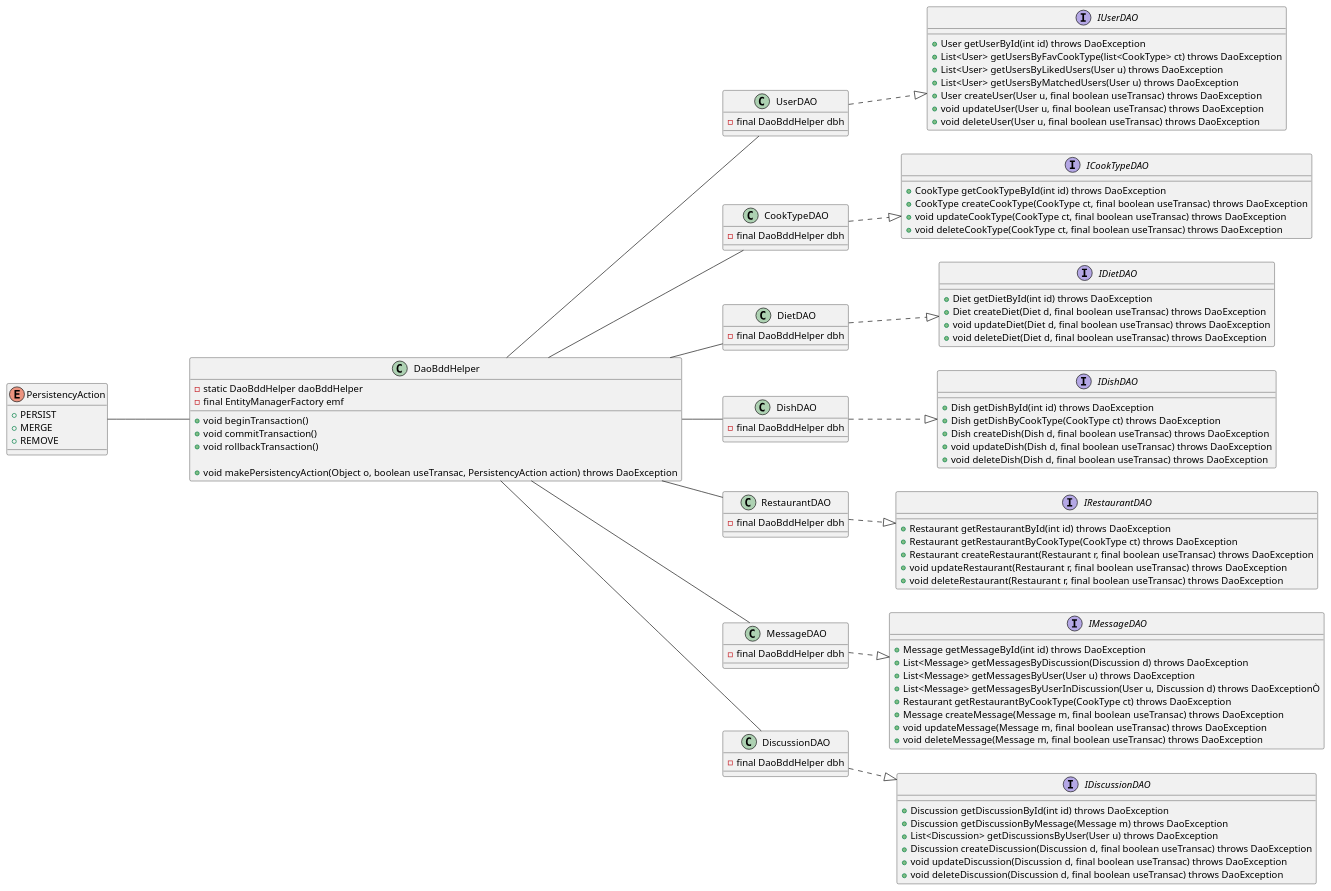
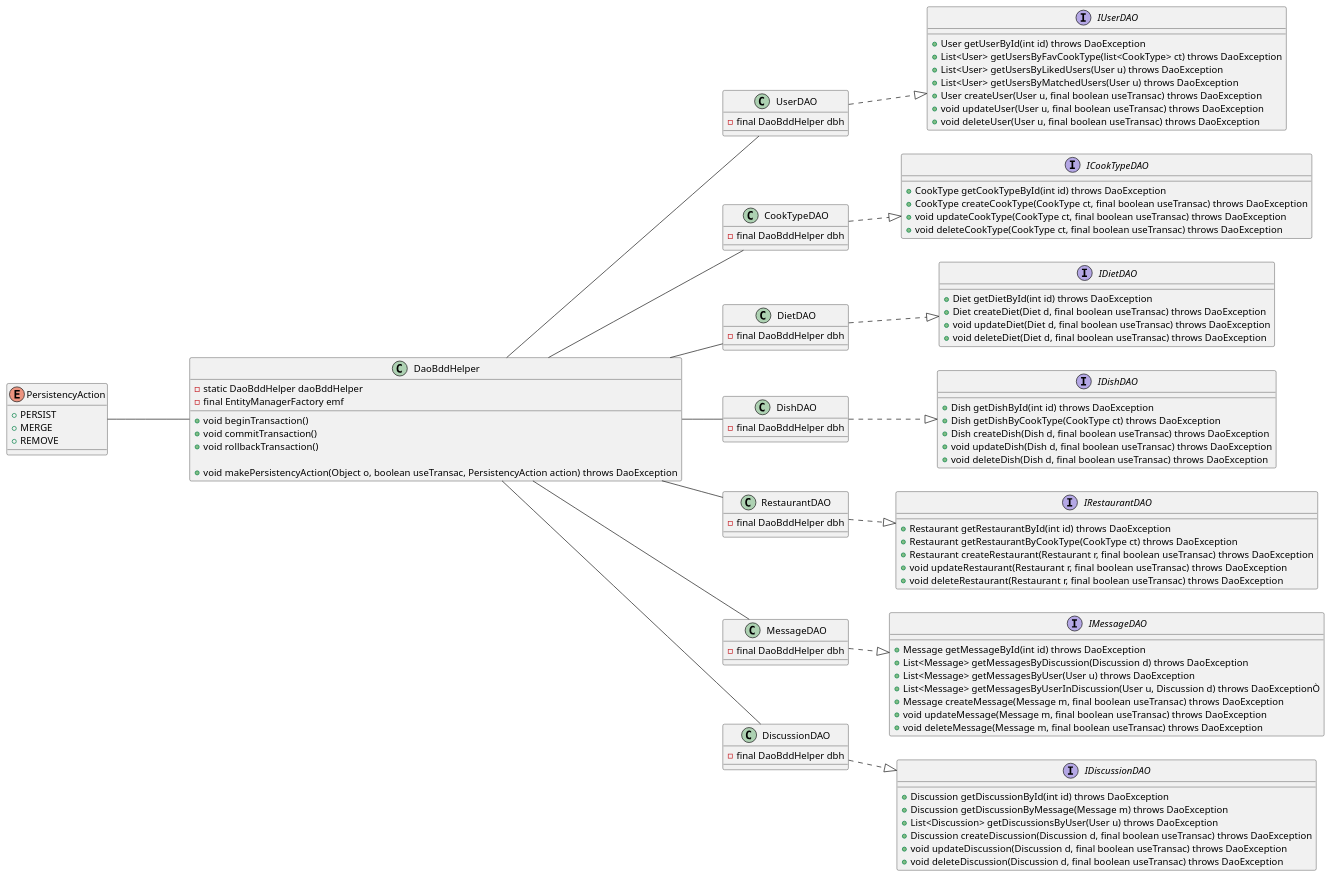
The diagram in class/dao.puml (UPPA-s-University-Projects/M1_SIGLIS-MeetBallsUML), drawn with PlantUML before and after one commit.

Commit message:
Fix DAO class diagram

```diff
--- a/class/dao.puml
+++ b/class/dao.puml
@@ -1,149 +1,148 @@
 @startuml
 
 left to right direction
 
 Class "DaoBddHelper" as daoBddHelper{
     - static DaoBddHelper daoBddHelper
     - final EntityManagerFactory emf
 
     + void beginTransaction()
     + void commitTransaction()
     + void rollbackTransaction()
 
     + void makePersistencyAction(Object o, boolean useTransac, PersistencyAction action) throws DaoException
 }
 
 Enum "PersistencyAction" as persistencyAction{
     + PERSIST
     + MERGE
     + REMOVE
 }
 
 Interface "IUserDAO" as iPersonDAO{
     + User getUserById(int id) throws DaoException
     + List<User> getUsersByFavCookType(list<CookType> ct) throws DaoException
     + List<User> getUsersByLikedUsers(User u) throws DaoException
     + List<User> getUsersByMatchedUsers(User u) throws DaoException
     + User createUser(User u, final boolean useTransac) throws DaoException
     + void updateUser(User u, final boolean useTransac) throws DaoException
     + void deleteUser(User u, final boolean useTransac) throws DaoException
 }
 
 Class "UserDAO" as personDAO{
 
     - final DaoBddHelper dbh
 
 }
 
 Interface "ICookTypeDAO" as iCookTypeDAO{
     + CookType getCookTypeById(int id) throws DaoException
     + CookType createCookType(CookType ct, final boolean useTransac) throws DaoException
     + void updateCookType(CookType ct, final boolean useTransac) throws DaoException
     + void deleteCookType(CookType ct, final boolean useTransac) throws DaoException
 }
 
 Class "CookTypeDAO" as cookTypeDAO{
 
     - final DaoBddHelper dbh
 
 }
 
 Interface "IDietDAO" as iDietDAO{
     + Diet getDietById(int id) throws DaoException
     + Diet createDiet(Diet d, final boolean useTransac) throws DaoException
     + void updateDiet(Diet d, final boolean useTransac) throws DaoException
     + void deleteDiet(Diet d, final boolean useTransac) throws DaoException
 }
 
 Class "DietDAO" as dietDAO{
 
     - final DaoBddHelper dbh
 
 }
 
 Interface "IDishDAO" as iDishDAO{
     + Dish getDishById(int id) throws DaoException
     + Dish getDishByCookType(CookType ct) throws DaoException
     + Dish createDish(Dish d, final boolean useTransac) throws DaoException
     + void updateDish(Dish d, final boolean useTransac) throws DaoException
     + void deleteDish(Dish d, final boolean useTransac) throws DaoException
 }
 
 Class "DishDAO" as dishDAO{
 
     - final DaoBddHelper dbh
 
 }
 
 Interface "IRestaurantDAO" as iRestaurantDAO{
     + Restaurant getRestaurantById(int id) throws DaoException
     + Restaurant getRestaurantByCookType(CookType ct) throws DaoException
     + Restaurant createRestaurant(Restaurant r, final boolean useTransac) throws DaoException
     + void updateRestaurant(Restaurant r, final boolean useTransac) throws DaoException
     + void deleteRestaurant(Restaurant r, final boolean useTransac) throws DaoException
 }
 
 Class "RestaurantDAO" as restaurantDAO{
     - final DaoBddHelper dbh
 
 }
 
 
 Interface "IMessageDAO" as iMessageDAO{
     + Message getMessageById(int id) throws DaoException
     + List<Message> getMessagesByDiscussion(Discussion d) throws DaoException
     + List<Message> getMessagesByUser(User u) throws DaoException
     + List<Message> getMessagesByUserInDiscussion(User u, Discussion d) throws DaoExceptionÒ
-    + Restaurant getRestaurantByCookType(CookType ct) throws DaoException
     + Message createMessage(Message m, final boolean useTransac) throws DaoException
     + void updateMessage(Message m, final boolean useTransac) throws DaoException
     + void deleteMessage(Message m, final boolean useTransac) throws DaoException
 }
 
 Class "MessageDAO" as messagingDAO{
     - final DaoBddHelper dbh
 
 }
 
 
 
 Interface "IDiscussionDAO" as iDiscussionDAO{
     + Discussion getDiscussionById(int id) throws DaoException
     + Discussion getDiscussionByMessage(Message m) throws DaoException
     + List<Discussion> getDiscussionsByUser(User u) throws DaoException
     + Discussion createDiscussion(Discussion d, final boolean useTransac) throws DaoException
     + void updateDiscussion(Discussion d, final boolean useTransac) throws DaoException
     + void deleteDiscussion(Discussion d, final boolean useTransac) throws DaoException
 }
 
 Class "DiscussionDAO" as discussDAO{
     - final DaoBddHelper dbh
 
 }
 
 persistencyAction --- daoBddHelper
 
 daoBddHelper -- personDAO
 daoBddHelper -- cookTypeDAO
 daoBddHelper -- dietDAO
 daoBddHelper -- dishDAO
 daoBddHelper -- restaurantDAO
 daoBddHelper -- messagingDAO
 daoBddHelper -- discussDAO
 
 personDAO ..|> iPersonDAO
 cookTypeDAO ..|>  iCookTypeDAO
 
 dietDAO ..|>  iDietDAO
 
 dishDAO ..|>  iDishDAO
 restaurantDAO  ..|> iRestaurantDAO
 messagingDAO  ..|> iMessageDAO
 discussDAO  ..|> iDiscussionDAO
 
 
 
 
 
 
 @enduml
```
